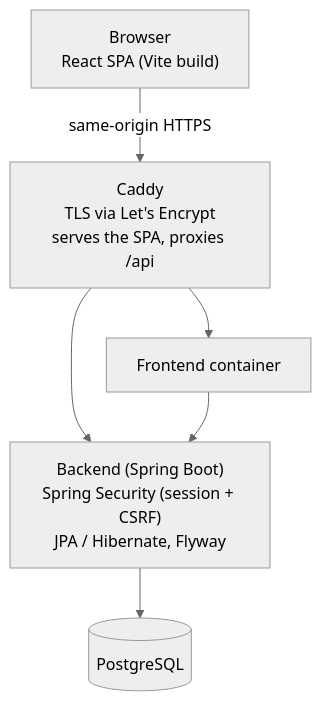
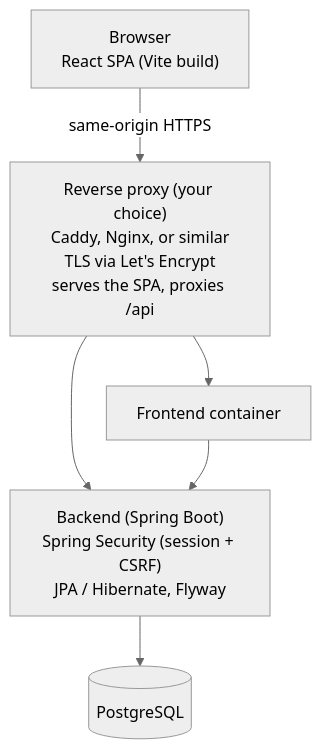
The second of 2 diagrams in README.md (Edison3060/PLogIt), drawn with Mermaid (neutral theme) before and after one commit. The commit also changed other lines of this file and 2 other files, not shown here.

Commit message:
Update README & remove unused frontend deps

````diff
--- a/README.md
+++ b/README.md
@@ -94,8 +94,8 @@
 ```mermaid
 flowchart TD
-    Browser["Browser\nReact SPA (Vite build)"] -->|"same-origin HTTPS"| Caddy
-    Caddy["Caddy\nTLS via Let's Encrypt\nserves the SPA, proxies /api"] --> Frontend
-    Caddy --> Backend
+    Browser["Browser\nReact SPA (Vite build)"] -->|"same-origin HTTPS"| Proxy
+    Proxy["Reverse proxy (your choice)\nCaddy, Nginx, or similar\nTLS via Let's Encrypt\nserves the SPA, proxies /api"] --> Frontend
+    Proxy --> Backend
     Frontend["Frontend container"] --> Backend["Backend (Spring Boot)\nSpring Security (session + CSRF)\nJPA / Hibernate, Flyway"]
     Backend --> DB[("PostgreSQL")]
 ```
````
